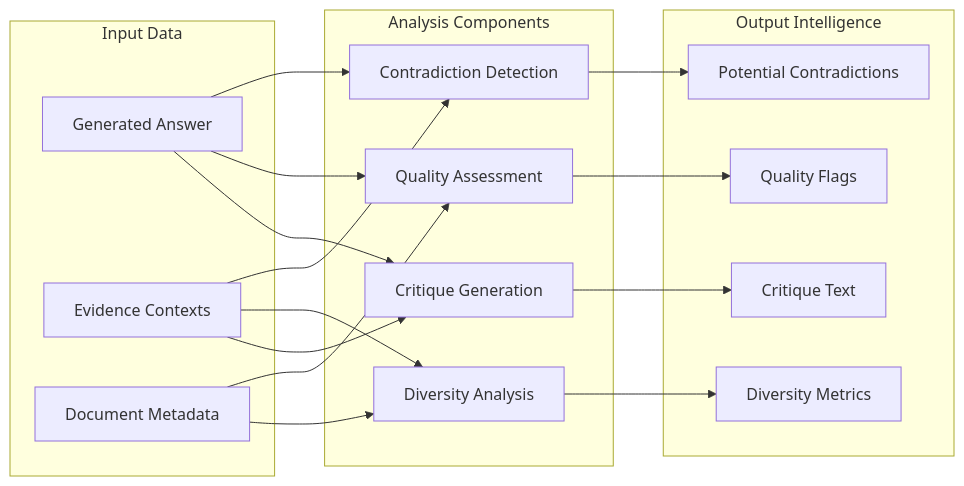
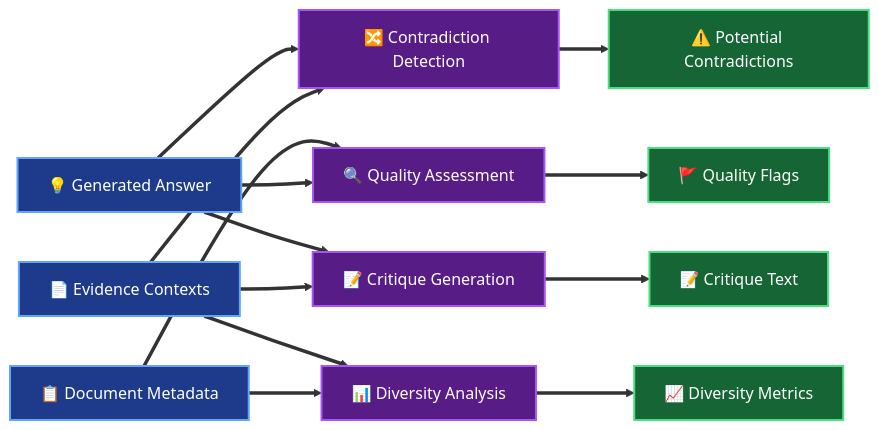
Before and after one commit to usathyan/paper-qa-ui: diagram 12 of 18 in docs/DEVELOPER.md, drawn with Mermaid. The commit also changed other lines of this file, not shown here.

First line of the commit message:
Enhance third batch of mermaid diagrams with professional styling

````diff
--- a/docs/DEVELOPER.md
+++ b/docs/DEVELOPER.md
@@ -671,38 +693,45 @@
 ```mermaid
-graph LR
-    subgraph "Input Data"
-        ANSWER[Generated Answer]
-        EVIDENCE[Evidence Contexts]
-        METADATA[Document Metadata]
-    end
+flowchart LR
+    %% Input Data
+    ANSWER[💡 Generated Answer]
+    EVIDENCE[📄 Evidence Contexts]
+    METADATA[📋 Document Metadata]
     
-    subgraph "Analysis Components"
-        CONTRADICTIONS[Contradiction Detection]
-        QUALITY[Quality Assessment]
-        DIVERSITY[Diversity Analysis]
-        CRITIQUE[Critique Generation]
-    end
+    %% Analysis Components
+    CONTRADICTIONS[🔀 Contradiction Detection]
+    QUALITY[🔍 Quality Assessment]
+    DIVERSITY[📊 Diversity Analysis]
+    CRITIQUE[📝 Critique Generation]
     
-    subgraph "Output Intelligence"
-        CONTRADICTIONS_OUT[Potential Contradictions]
-        QUALITY_FLAGS[Quality Flags]
-        DIVERSITY_METRICS[Diversity Metrics]
-        CRITIQUE_TEXT[Critique Text]
-    end
+    %% Output Intelligence
+    CONTRADICTIONS_OUT[⚠️ Potential Contradictions]
+    QUALITY_FLAGS[🚩 Quality Flags]
+    DIVERSITY_METRICS[📈 Diversity Metrics]
+    CRITIQUE_TEXT[📝 Critique Text]
     
-    ANSWER --> CONTRADICTIONS
-    EVIDENCE --> CONTRADICTIONS
-    METADATA --> QUALITY
+    %% Flow
+    ANSWER ==> CONTRADICTIONS
+    EVIDENCE ==> CONTRADICTIONS
+    METADATA ==> QUALITY
     
-    ANSWER --> QUALITY
-    EVIDENCE --> DIVERSITY
-    METADATA --> DIVERSITY
+    ANSWER ==> QUALITY
+    EVIDENCE ==> DIVERSITY
+    METADATA ==> DIVERSITY
     
-    ANSWER --> CRITIQUE
-    EVIDENCE --> CRITIQUE
+    ANSWER ==> CRITIQUE
+    EVIDENCE ==> CRITIQUE
     
-    CONTRADICTIONS --> CONTRADICTIONS_OUT
-    QUALITY --> QUALITY_FLAGS
-    DIVERSITY --> DIVERSITY_METRICS
-    CRITIQUE --> CRITIQUE_TEXT
+    CONTRADICTIONS ==> CONTRADICTIONS_OUT
+    QUALITY ==> QUALITY_FLAGS
+    DIVERSITY ==> DIVERSITY_METRICS
+    CRITIQUE ==> CRITIQUE_TEXT
+    
+    %% Styling
+    classDef inputStyle fill:#1e3a8a,stroke:#60a5fa,stroke-width:2px,color:#ffffff
+    classDef analysisStyle fill:#581c87,stroke:#a855f7,stroke-width:2px,color:#ffffff
+    classDef outputStyle fill:#166534,stroke:#4ade80,stroke-width:2px,color:#ffffff
+    
+    class ANSWER,EVIDENCE,METADATA inputStyle
+    class CONTRADICTIONS,QUALITY,DIVERSITY,CRITIQUE analysisStyle
+    class CONTRADICTIONS_OUT,QUALITY_FLAGS,DIVERSITY_METRICS,CRITIQUE_TEXT outputStyle
 ```
````
